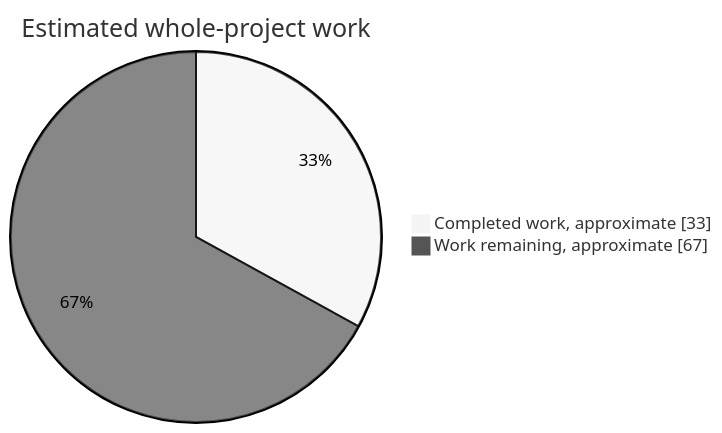
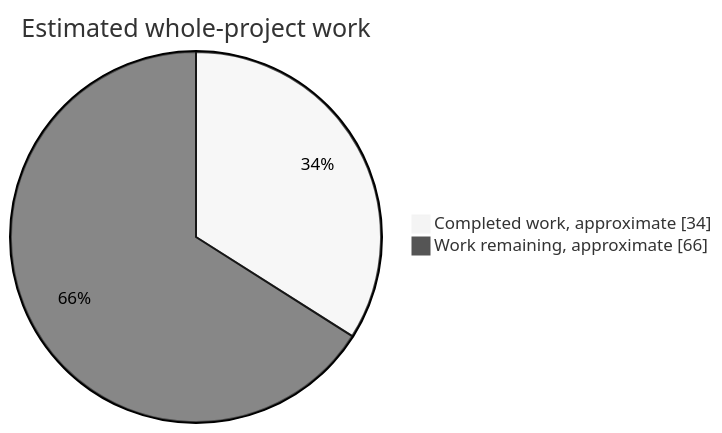
One commit to NachtRaveVL/stuntracefx changed the first of 2 diagrams in readme.md. Above: the diagram before and after it, drawn with Mermaid (neutral theme). The commit also changed other lines of this file and 7 other files, not shown here.

````diff
--- a/readme.md
+++ b/readme.md
@@ -56,6 +56,6 @@
 ```mermaid
 pie showData
     title Estimated whole-project work
-    "Completed work, approximate" : 33
-    "Work remaining, approximate" : 67
+    "Completed work, approximate" : 34
+    "Work remaining, approximate" : 66
 ```
````
